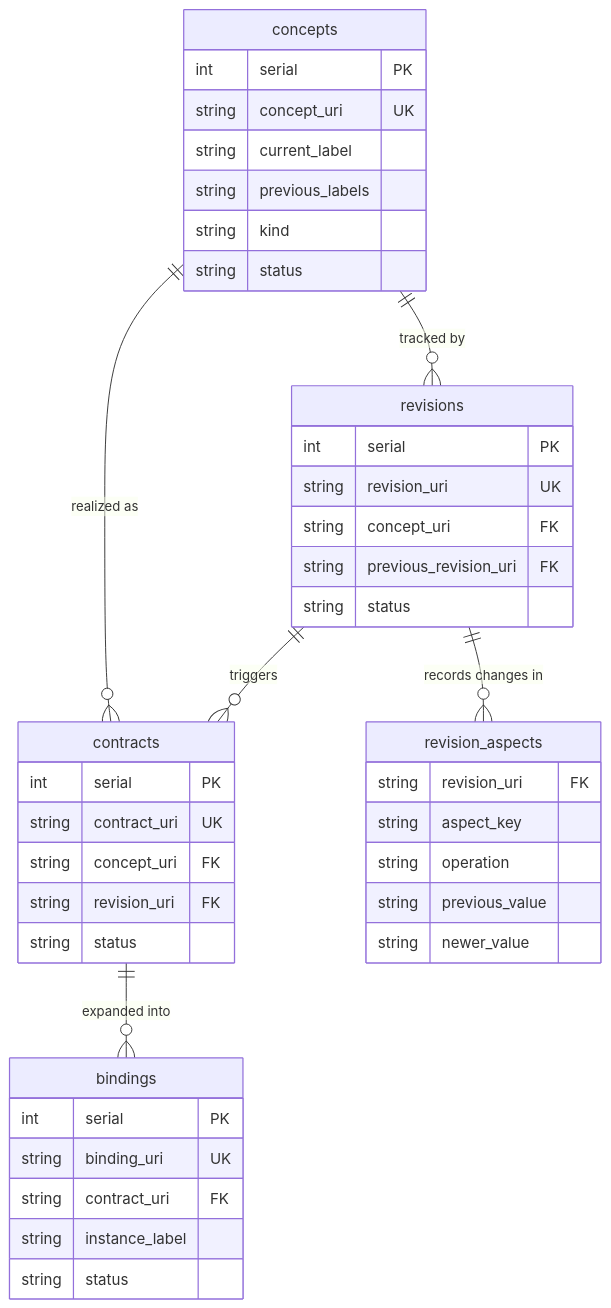
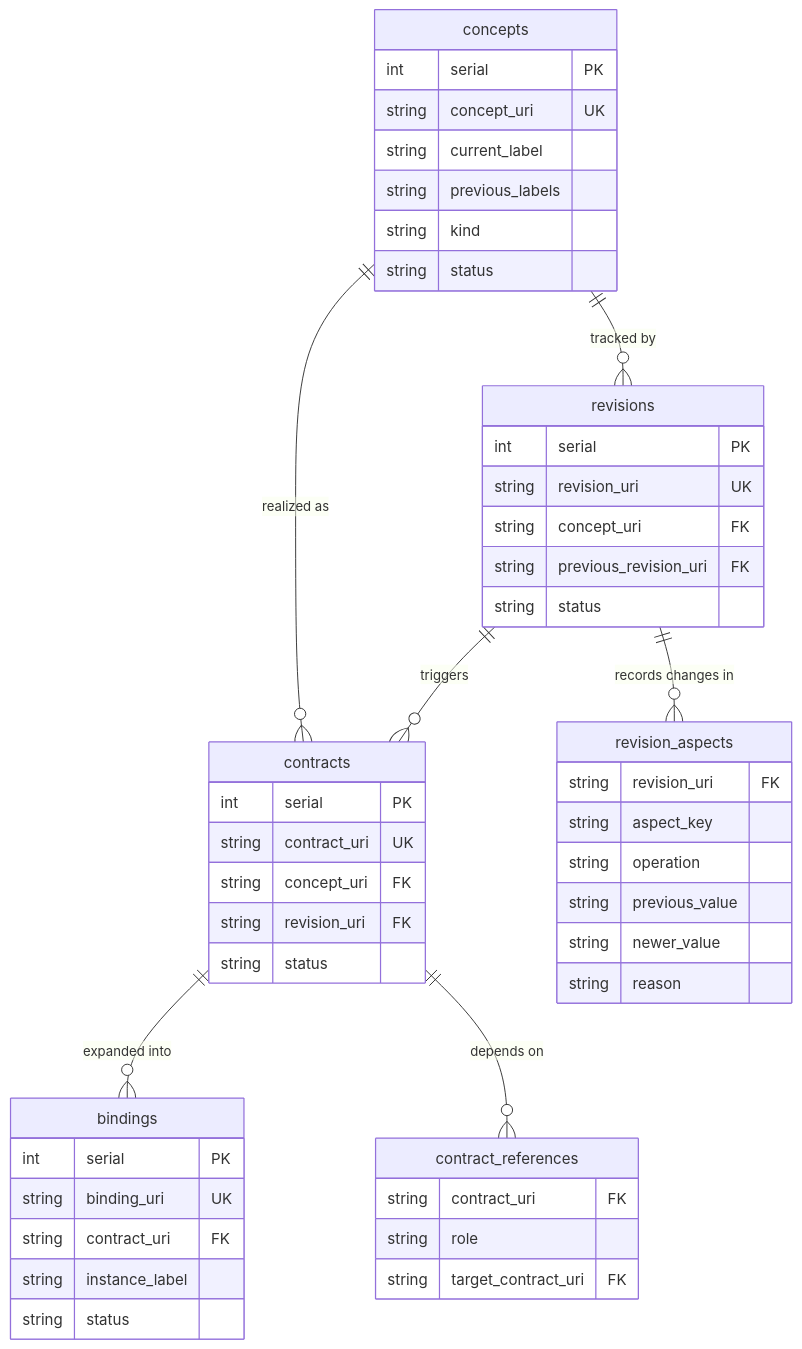
The fifth of 5 diagrams in README.md (COVESA/modl), drawn with Mermaid before and after one commit. The commit also changed other lines of this file and 14 other files, not shown here.

First line of the commit message:
feat: enhance ledger model and sync engine with contract references

````diff
--- a/README.md
+++ b/README.md
@@ -285,45 +310,52 @@
 ```mermaid
 erDiagram
     concepts ||--o{ revisions : "tracked by"
     concepts ||--o{ contracts : "realized as"
     revisions ||--o{ contracts : "triggers"
     revisions ||--o{ revision_aspects : "records changes in"
     contracts ||--o{ bindings : "expanded into"
+    contracts ||--o{ contract_references : "depends on"
 
     concepts {
         int serial PK
         string concept_uri UK
         string current_label
         string previous_labels
         string kind
         string status
     }
     revisions {
         int serial PK
         string revision_uri UK
         string concept_uri FK
         string previous_revision_uri FK
         string status
     }
     contracts {
         int serial PK
         string contract_uri UK
         string concept_uri FK
         string revision_uri FK
         string status
     }
     bindings {
         int serial PK
         string binding_uri UK
         string contract_uri FK
         string instance_label
         string status
     }
     revision_aspects {
         string revision_uri FK
         string aspect_key
         string operation
         string previous_value
         string newer_value
+        string reason
+    }
+    contract_references {
+        string contract_uri FK
+        string role
+        string target_contract_uri FK
     }
 ```
````
